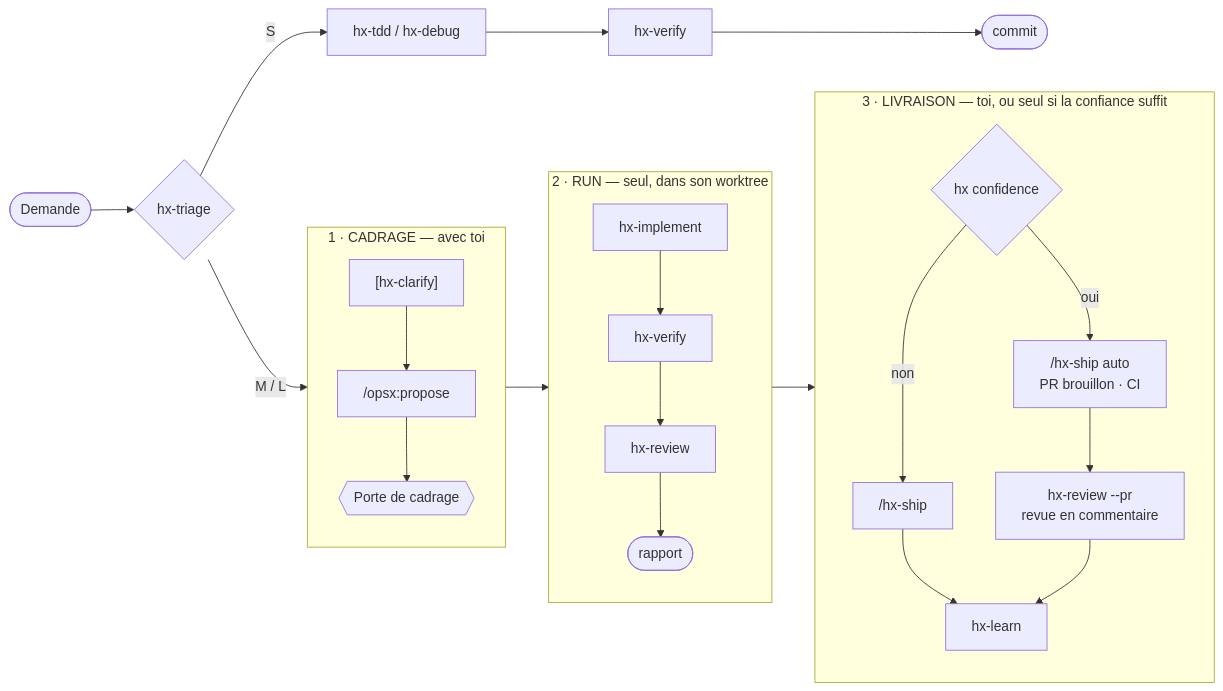
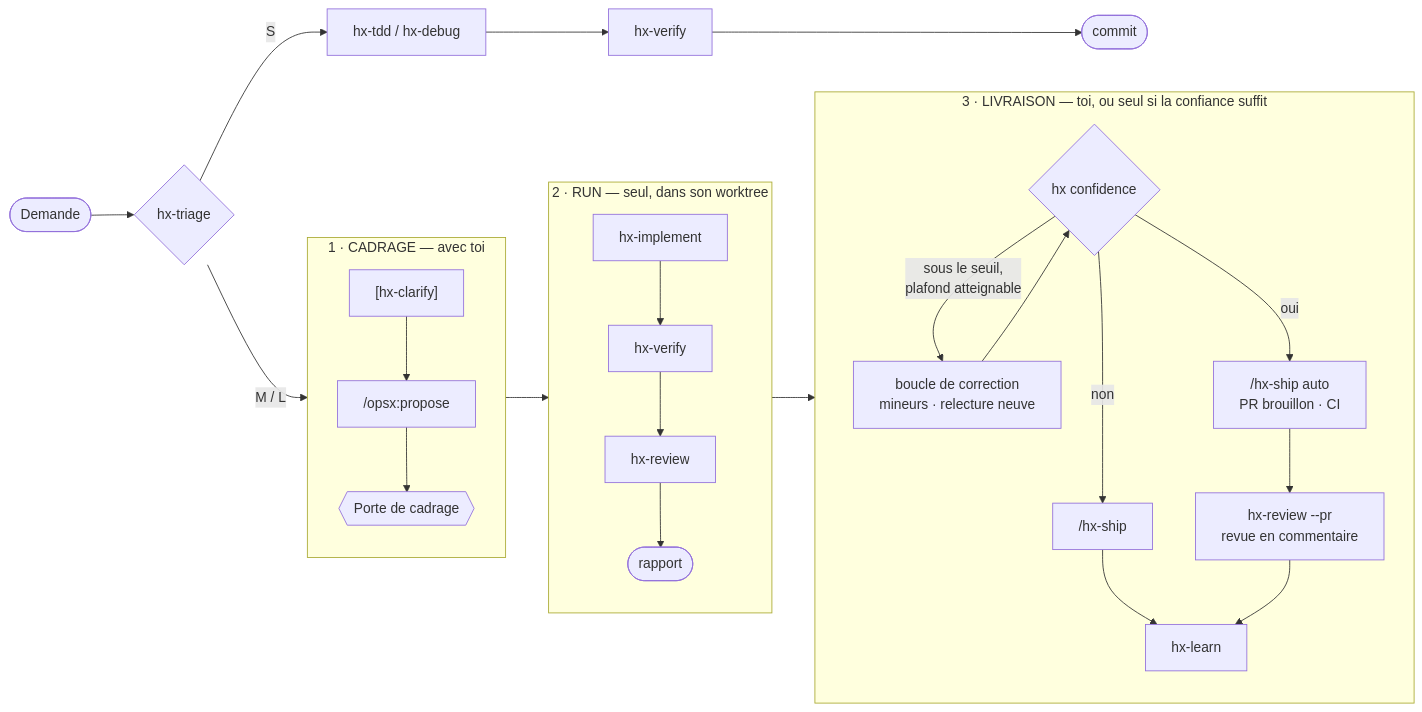
The diagram in README.md (PatayEnCroute/Harness), drawn with Mermaid before and after one commit. The commit also changed other lines of this file and 23 other files, not shown here.

First line of the commit message:
Boucle de correction avant la livraison automatique

````diff
--- a/README.md
+++ b/README.md
@@ -72,20 +72,21 @@
 ```mermaid
 flowchart LR
     D([Demande]) --> T{hx-triage}
     T -->|S| S1[hx-tdd / hx-debug] --> S2[hx-verify] --> S3([commit])
     T -->|M / L| C
 
     subgraph C [1 · CADRAGE — avec toi]
       C1["[hx-clarify]"] --> C2["/opsx:propose"] --> C3{{Porte de cadrage}}
     end
     subgraph R [2 · RUN — seul, dans son worktree]
       R1[hx-implement] --> R2[hx-verify] --> R3[hx-review] --> R4([rapport])
     end
     subgraph L [3 · LIVRAISON — toi, ou seul si la confiance suffit]
       L0{hx confidence} -->|non| L1["/hx-ship"]
+      L0 -->|"sous le seuil,<br/>plafond atteignable"| LF["boucle de correction<br/>mineurs · relecture neuve"] --> L0
       L0 -->|oui| LA["/hx-ship auto<br/>PR brouillon · CI"] --> LR["hx-review --pr<br/>revue en commentaire"]
       L1 --> L2[hx-learn]
       LR --> L2
     end
     C --> R --> L
 ```
````
